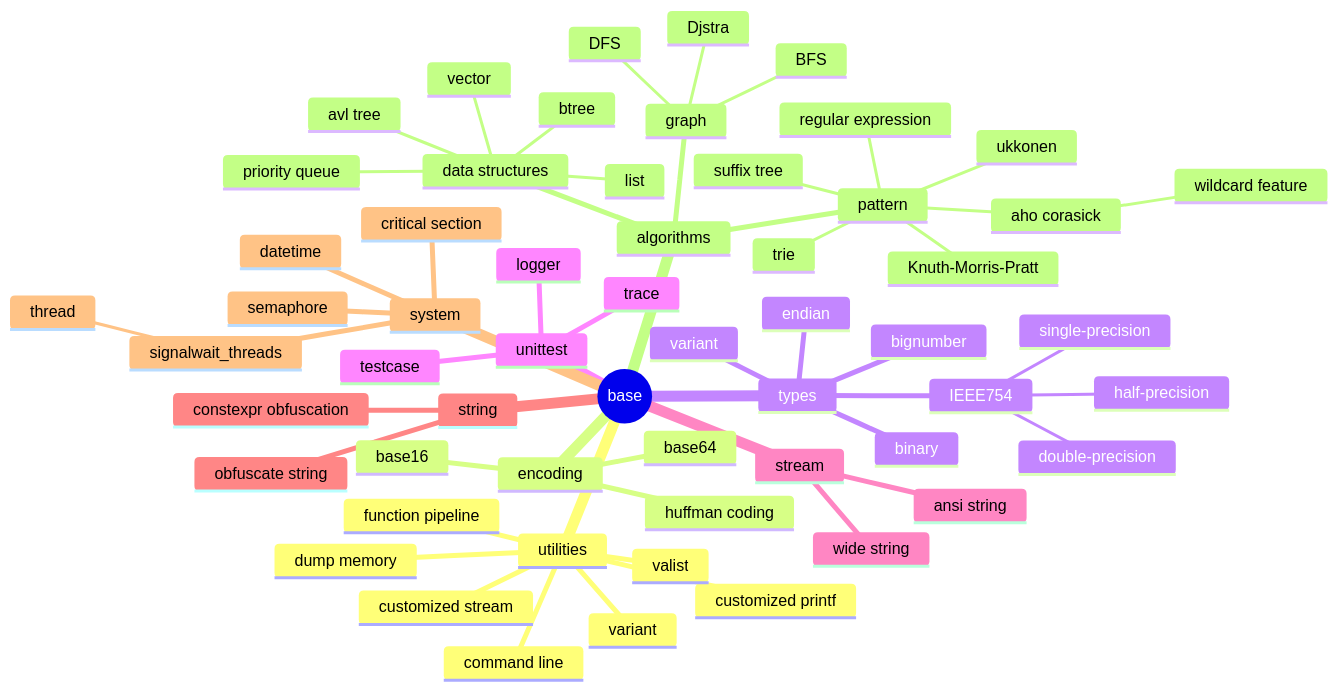
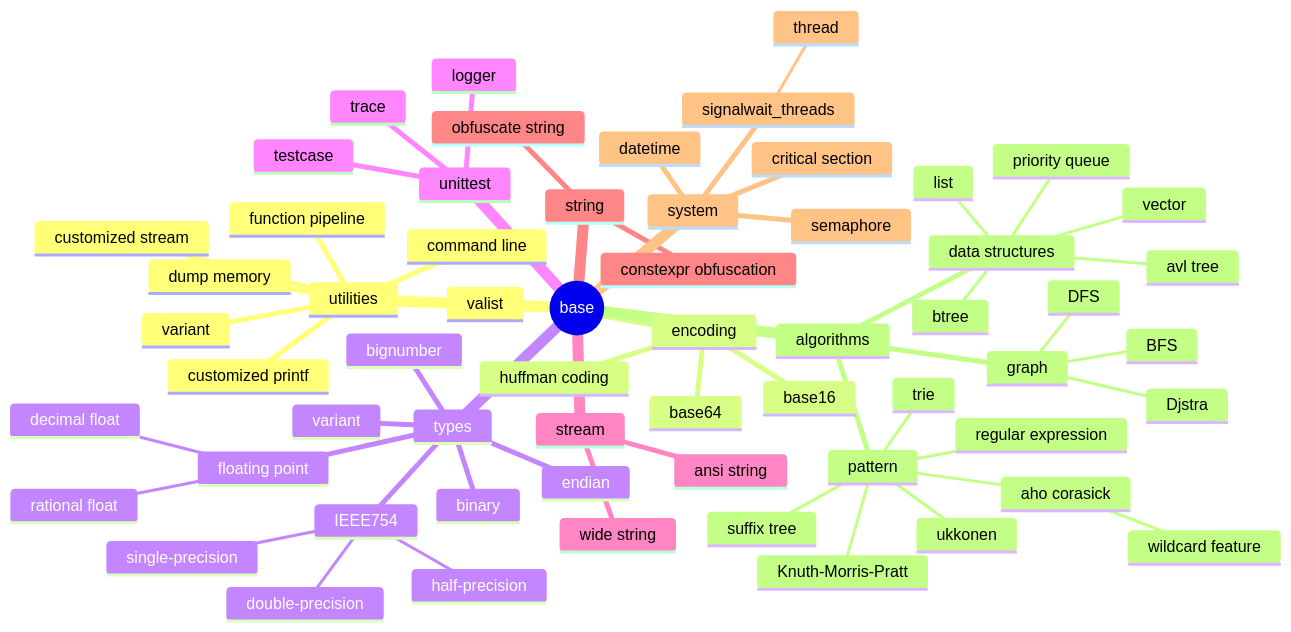
The diagram in sdk/base/README.md (princeb612/hotplace), drawn with Mermaid before and after one commit. The commit also changed 47 other files, not shown here.

````diff
--- a/sdk/base/README.md
+++ b/sdk/base/README.md
@@ -3,60 +3,63 @@
 ```mermaid
 mindmap
   root((base))
     utilities
       command line
       customized printf
       customized stream
       dump memory
       function pipeline
       variant
       valist
     encoding
       base16
       base64
       huffman coding
     types
       binary
       endian
       variant
       IEEE754
         half-precision
         single-precision
         double-precision
       bignumber
+      floating point
+        decimal float
+        rational float
     unittest
       testcase
       logger
       trace
     stream
       ansi string
       wide string
     string
       constexpr obfuscation
       obfuscate string
     system
       critical section
       semaphore
       datetime
       signalwait_threads
         thread
     algorithms
       data structures
         avl tree
         btree
         list
         priority queue
         vector
       pattern
         Knuth-Morris-Pratt
         trie
         suffix tree
         ukkonen
         aho corasick
           wildcard feature
         regular expression
       graph
         BFS
         DFS
         Djstra
 ```
````
